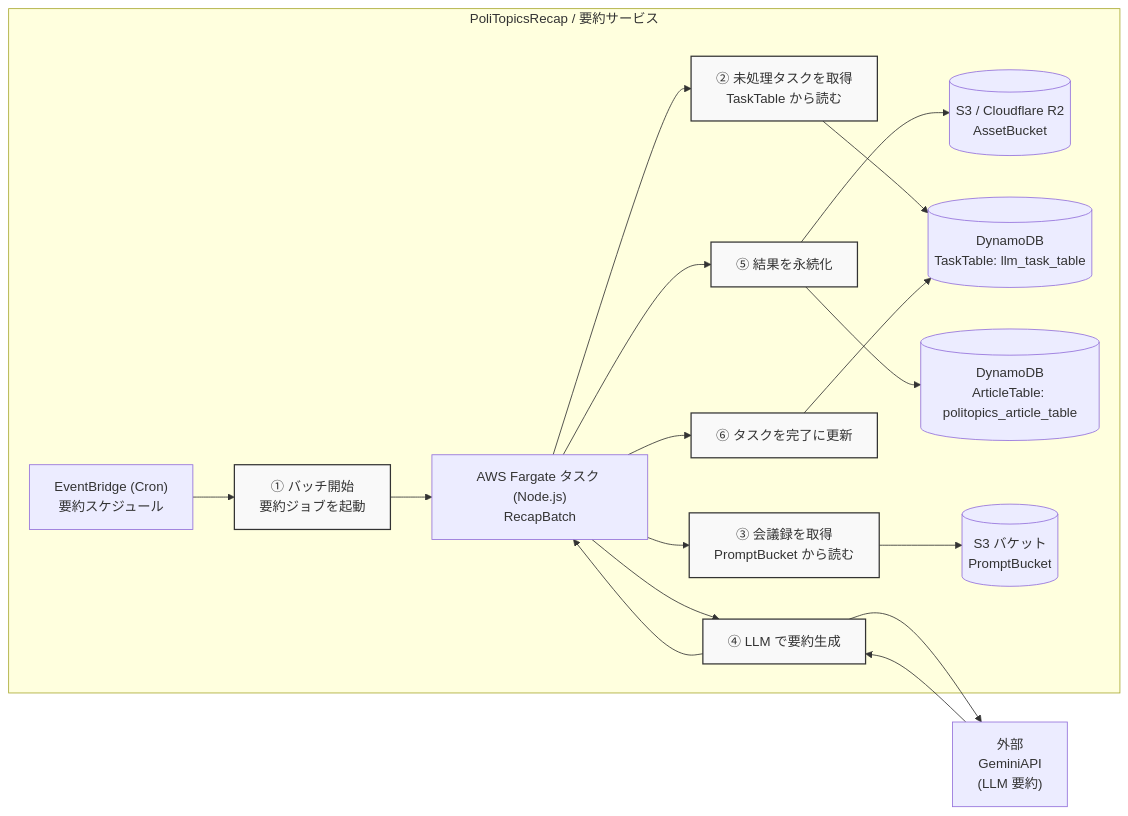
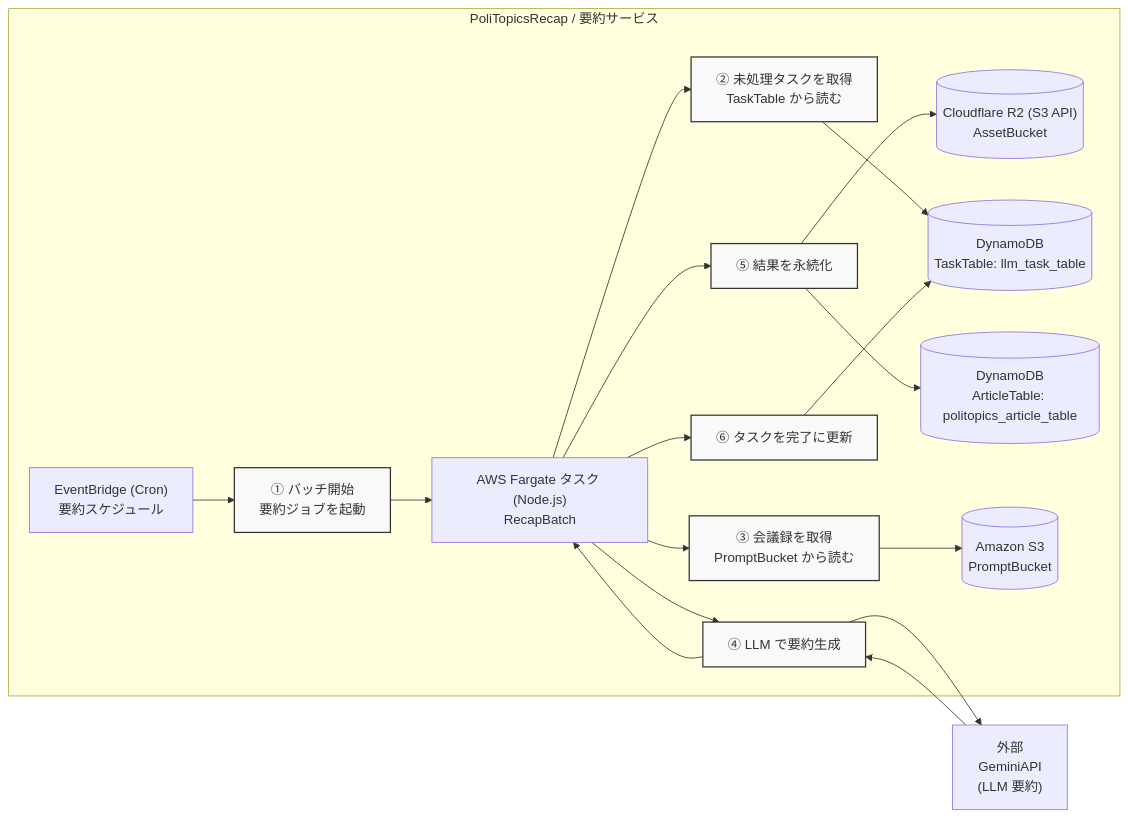
One commit to Keyhole-Koro/PoliTopics changed the diagram in docs/diagrams/jp/recap.mmd. Above: the diagram before and after it, drawn with Mermaid. The commit also changed 55 other files, not shown here.

```diff
--- a/docs/diagrams/jp/recap.mmd
+++ b/docs/diagrams/jp/recap.mmd
@@ -1,36 +1,36 @@
 ---
 config:
   layout: dagre
 ---
 flowchart LR
   subgraph RP["PoliTopicsRecap / 要約サービス"]
         RecapSchedule["EventBridge (Cron)<br>要約スケジュール"]
         RecapBatch["AWS Fargate タスク (Node.js)<br>RecapBatch"]
         S1["① バッチ開始<br>要約ジョブを起動"]
         S2["② 未処理タスクを取得<br>TaskTable から読む"]
         S3["③ 会議録を取得<br>PromptBucket から読む"]
         S4["④ LLM で要約生成"]
         S5["⑤ 結果を永続化"]
         S6["⑥ タスクを完了に更新"]
-        AssetBucket[("S3 / Cloudflare R2<br>AssetBucket")]
+        AssetBucket[("Cloudflare R2 (S3 API)<br>AssetBucket")]
         TaskTable[("DynamoDB<br>TaskTable: llm_task_table")]
         ArticleTable[("DynamoDB<br>ArticleTable: politopics_article_table")]
-        PromptBucket[("S3 バケット<br>PromptBucket")]
+        PromptBucket[("Amazon S3<br>PromptBucket")]
   end
     RecapSchedule --> S1
     S1 --> RecapBatch
     RecapBatch --> S2 & S3 & S4 & S5 & S6
     S2 --> TaskTable
     S3 --> PromptBucket
     S4 --> GeminiAPI["外部<br>GeminiAPI<br>(LLM 要約)"] & RecapBatch
     GeminiAPI --> S4
     S5 --> AssetBucket & ArticleTable
     S6 --> TaskTable
 
      S1:::step
      S2:::step
      S3:::step
      S4:::step
      S5:::step
      S6:::step
     classDef step fill:#f9f9f9,stroke:#333,stroke-width:1.5px
```
